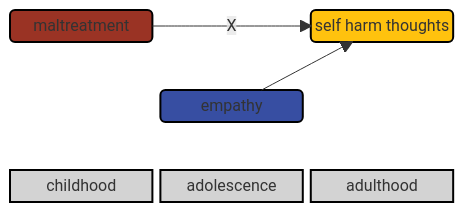
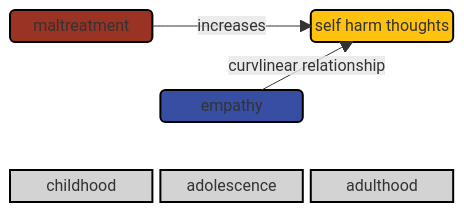
Before and after one commit to agrogan1/closeread: the second of 3 diagrams in empathy/README.md, drawn with Mermaid.

````diff
--- a/empathy/README.md
+++ b/empathy/README.md
@@ -37,26 +37,26 @@
 ```mermaid
 block
   columns 3
   m space sh
   space space space
   space e space
   space space space
   childhood adolescence adulthood
 
-  m("maltreatment") -- "X" --> sh("self harm thoughts")
+  m("maltreatment") -- "increases" --> sh("self harm thoughts")
 
-  e("empathy") --> sh
+  e("empathy") -- "curvlinear relationship" --> sh
 
   style m fill:#9A3324,stroke:#000000,stroke-width:2px,color:#FFFFFF;
 
   style e fill:#374EA2,stroke:#000000,stroke-width:2px,color:#FFFFFF;
 
   style sh fill:#FFC20E,stroke:#000000,stroke-width:2px,color:#000000;
 
   style childhood fill:#D3D3D3,stroke:#000000,stroke-width:2px,color:#000000;
 
   style adolescence fill:#D3D3D3,stroke:#000000,stroke-width:2px,color:#000000;
 
   style adulthood fill:#D3D3D3,stroke:#000000,stroke-width:2px,color:#000000;
 
 ```
````
